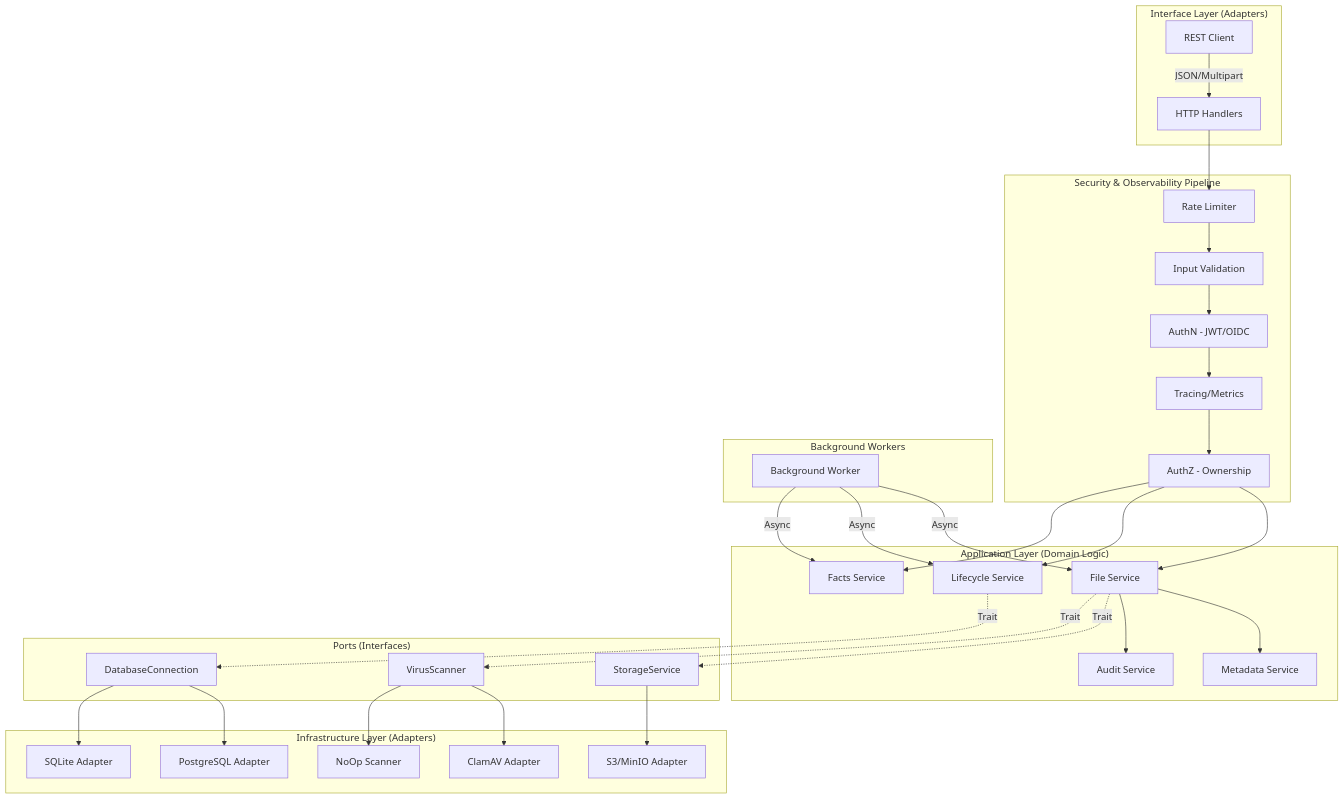
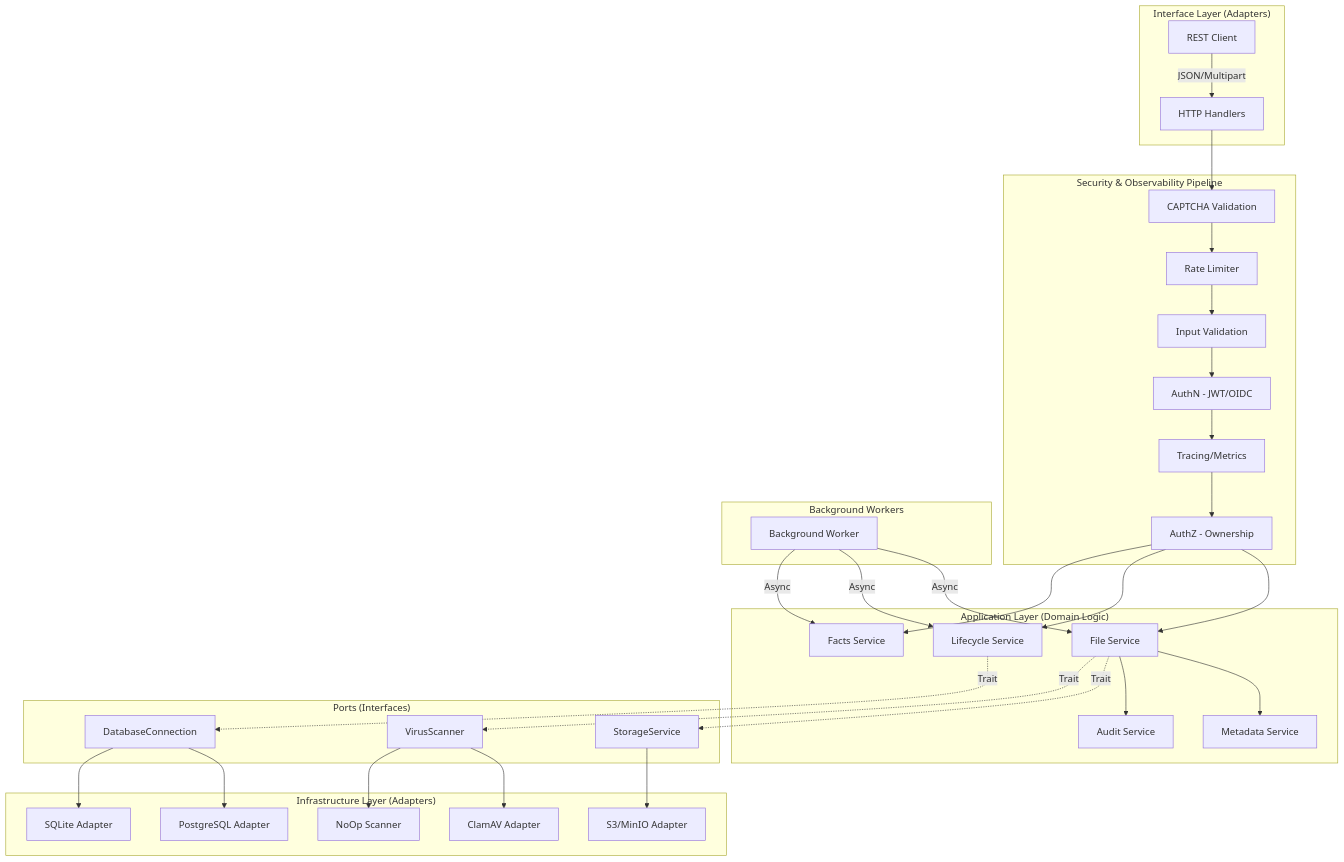
The diagram in api/ARCHITECTURE.md (appsjuragan/rust-file-backend), drawn with Mermaid before and after one commit. The commit also changed other lines of this file and 24 other files, not shown here.

````diff
--- a/api/ARCHITECTURE.md
+++ b/api/ARCHITECTURE.md
@@ -31,42 +32,43 @@
 ```mermaid
 graph TD
     subgraph "Interface Layer (Adapters)"
         Client[REST Client] -->|JSON/Multipart| Handlers[HTTP Handlers]
     end
 
     subgraph "Security & Observability Pipeline"
-        Handlers --> RL[Rate Limiter]
+        Handlers --> CAP[CAPTCHA Validation]
+        CAP --> RL[Rate Limiter]
         RL --> IV[Input Validation]
         IV --> AN[AuthN - JWT/OIDC]
         AN --> TR[Tracing/Metrics]
         TR --> AZ[AuthZ - Ownership]
     end
 
     subgraph "Application Layer (Domain Logic)"
         AZ --> FS[File Service]
         AZ --> SL[Lifecycle Service]
         AZ --> FF[Facts Service]
         FS --> MS[Metadata Service]
         FS --> AS[Audit Service]
     end
 
     subgraph "Ports (Interfaces)"
         FS -.->|Trait| P_Storage[StorageService]
         FS -.->|Trait| P_Scan[VirusScanner]
         SL -.->|Trait| P_DB[DatabaseConnection]
     end
 
     subgraph "Infrastructure Layer (Adapters)"
         P_Storage --> S3[S3/MinIO Adapter]
         P_Scan --> ClamAV[ClamAV Adapter]
         P_Scan --> NoOp[NoOp Scanner]
         P_DB --> Postgres[PostgreSQL Adapter]
         P_DB --> SQLite[SQLite Adapter]
     end
 
     subgraph "Background Workers"
         Worker[Background Worker] -->|Async| FS
         Worker -->|Async| SL
         Worker -->|Async| FF
     end
 ```
````
